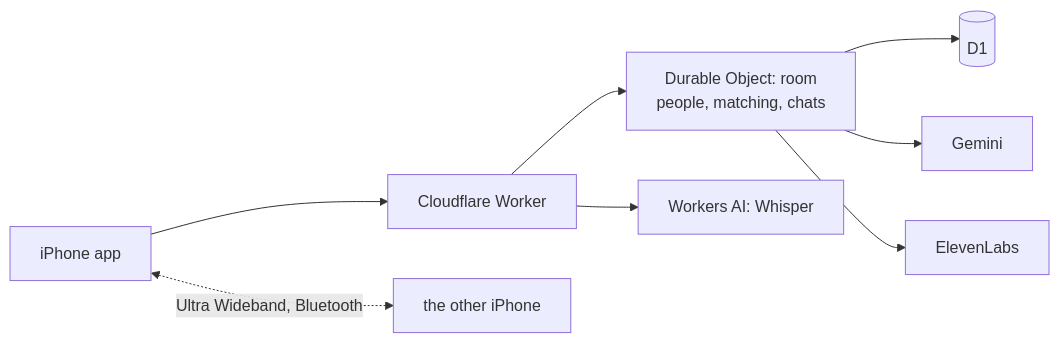
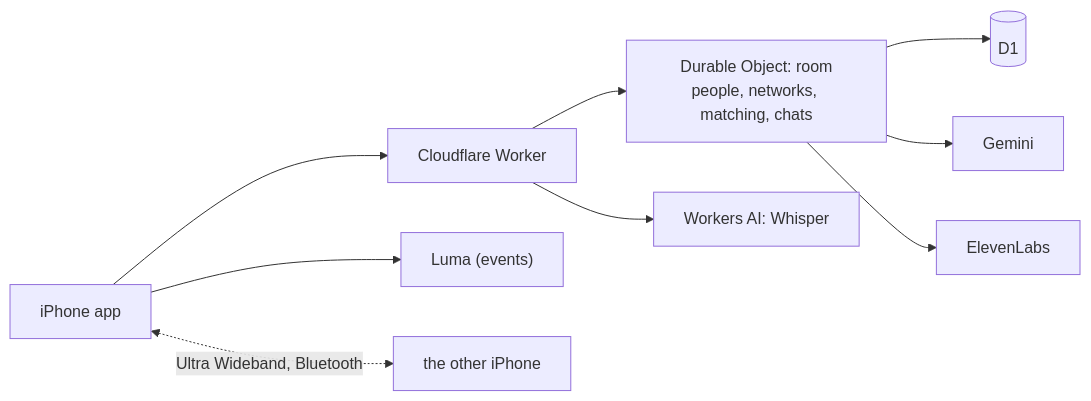
Before and after one commit to xgre1/pairshake: the diagram in README.md, drawn with Mermaid. The commit also changed other lines of this file, not shown here.

````diff
--- a/README.md
+++ b/README.md
@@ -44,10 +57,11 @@
 ```mermaid
 flowchart LR
   A["iPhone app"] --> W["Cloudflare Worker"]
-  W --> R["Durable Object: room<br/>people, matching, chats"]
+  W --> R["Durable Object: room<br/>people, networks, matching, chats"]
   R --> D[("D1")]
   R --> G["Gemini"]
   R --> V["ElevenLabs"]
   W --> H["Workers AI: Whisper"]
+  A --> L["Luma (events)"]
   A <-. "Ultra Wideband, Bluetooth" .-> B["the other iPhone"]
 ```
````
